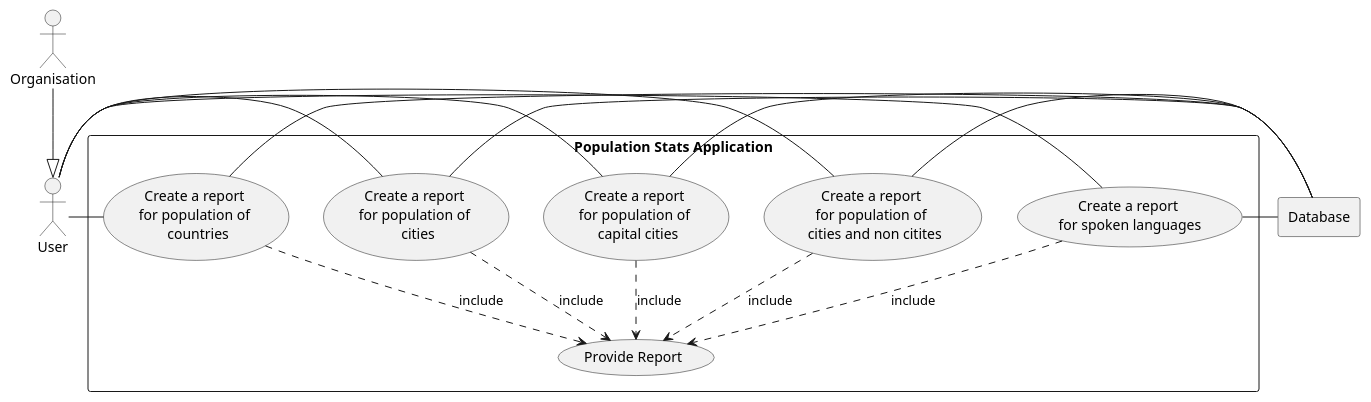
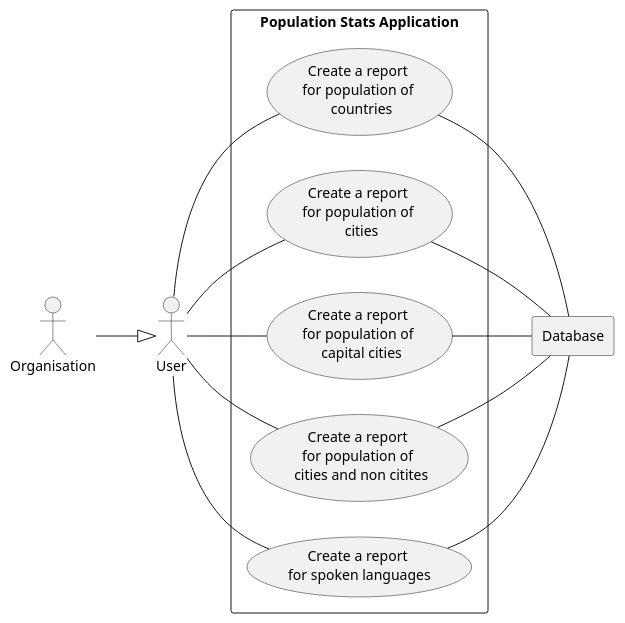
One commit to jan-pfr/sem-group8 changed the diagram in use-cases/PopulationStats-UseCase.puml. Above: the diagram before and after it, drawn with PlantUML.

Commit message:
Adjustments to use cases and use case diagram

```diff
--- a/use-cases/PopulationStats-UseCase.puml
+++ b/use-cases/PopulationStats-UseCase.puml
@@ -1,39 +1,37 @@
 @startuml
 
+left to right direction
 actor User as "User"
 
 Organisation --|> User
 
 rectangle DB as "Database"
 
 rectangle "Population Stats Application" {
 
+
+    ' ====== the use cases =========
+
     usecase UC1 as "Create a report \nfor population of \n countries"
     usecase UC2 as "Create a report \nfor population of \n cities"
     usecase UC3 as "Create a report \nfor population of \n capital cities"
     usecase UC4 as "Create a report \nfor population of \n cities and non citites"
     usecase UC5 as "Create a report \nfor spoken languages"
 
-    usecase Provide as "Provide Report"
 
-    User - UC5
-    User - UC4
-    User - UC3
-    User - UC2
-    User - UC1
+    User -- UC5
+    User -- UC4
+    User -- UC3
+    User -- UC2
+    User -- UC1
 
-    UC1 - DB
-    UC2 - DB
-    UC3 - DB
-    UC4 - DB
-    UC5 - DB
+    UC1 -- DB
+    UC2 -- DB
+    UC3 -- DB
+    UC4 -- DB
+    UC5 -- DB
 
-    UC1 ..> Provide : include
-    UC2 ..> Provide : include
-    UC3 ..> Provide : include
-    UC4 ..> Provide : include
-    UC5 ..> Provide : include
 
 }
 
 @enduml
```
